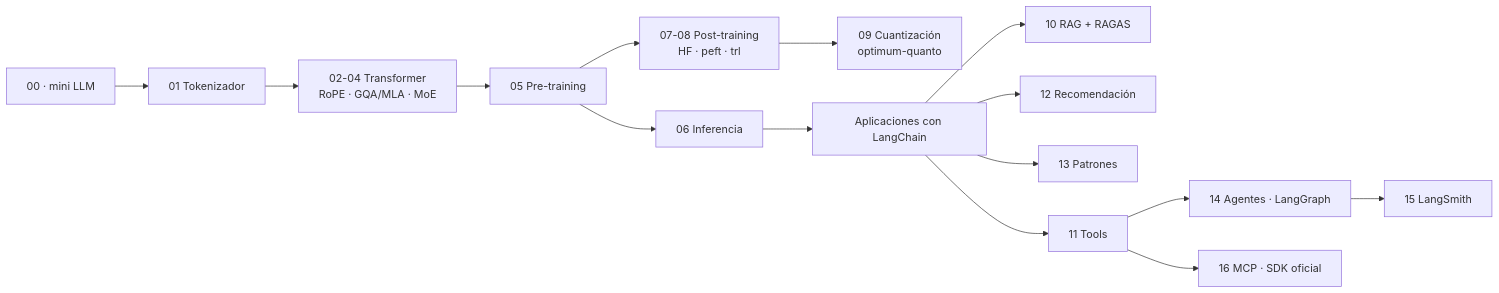
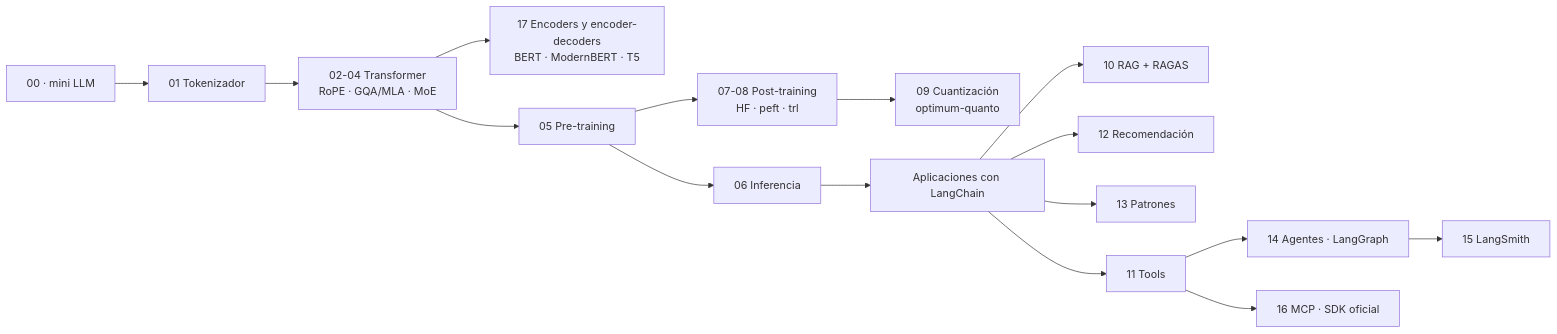
One commit to ZoodiacR/llm-edu-suite changed the diagram in docs/es/README.md. Above: the diagram before and after it, drawn with Mermaid. The commit also changed other lines of this file and 21 other files, not shown here.

First line of the commit message:
Notebook 17: encoders and encoder-decoders (Sprint 1 closes as v2.2)

````diff
--- a/docs/es/README.md
+++ b/docs/es/README.md
@@ -36,17 +38,18 @@
 ```mermaid
 flowchart LR
     Z[00 · mini LLM] --> B[01 Tokenizador]
     B --> C[02-04 Transformer<br/>RoPE · GQA/MLA · MoE]
+    C --> Q["17 Encoders y encoder-decoders<br/>BERT · ModernBERT · T5"]
     C --> D[05 Pre-training]
     D --> E[06 Inferencia]
     D --> F["07-08 Post-training<br/>HF · peft · trl"]
     F --> G["09 Cuantización<br/>optimum-quanto"]
     E --> H[Aplicaciones con LangChain]
     H --> I["10 RAG + RAGAS"]
     H --> K[12 Recomendación]
     H --> L[13 Patrones]
     H --> J[11 Tools]
     J --> M["14 Agentes · LangGraph"]
     J --> N["16 MCP · SDK oficial"]
     M --> O["15 LangSmith"]
 ```
````
